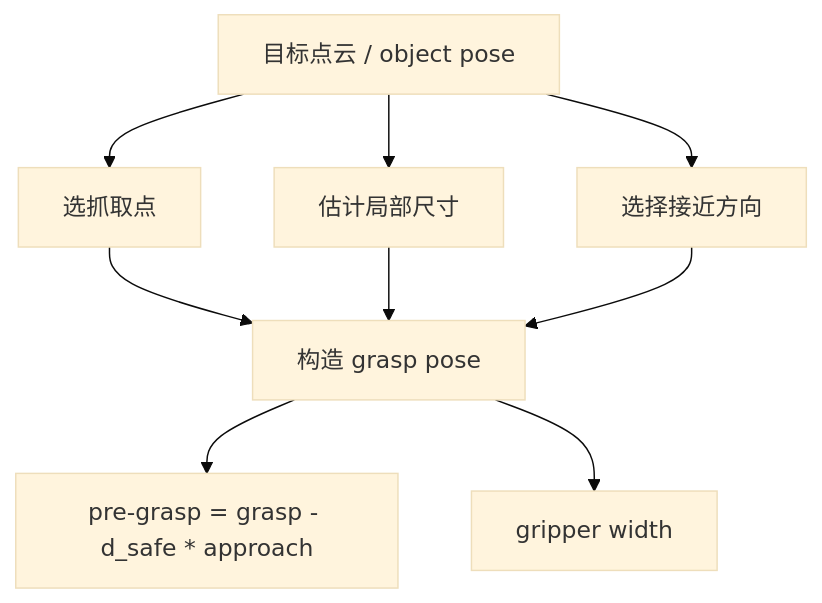
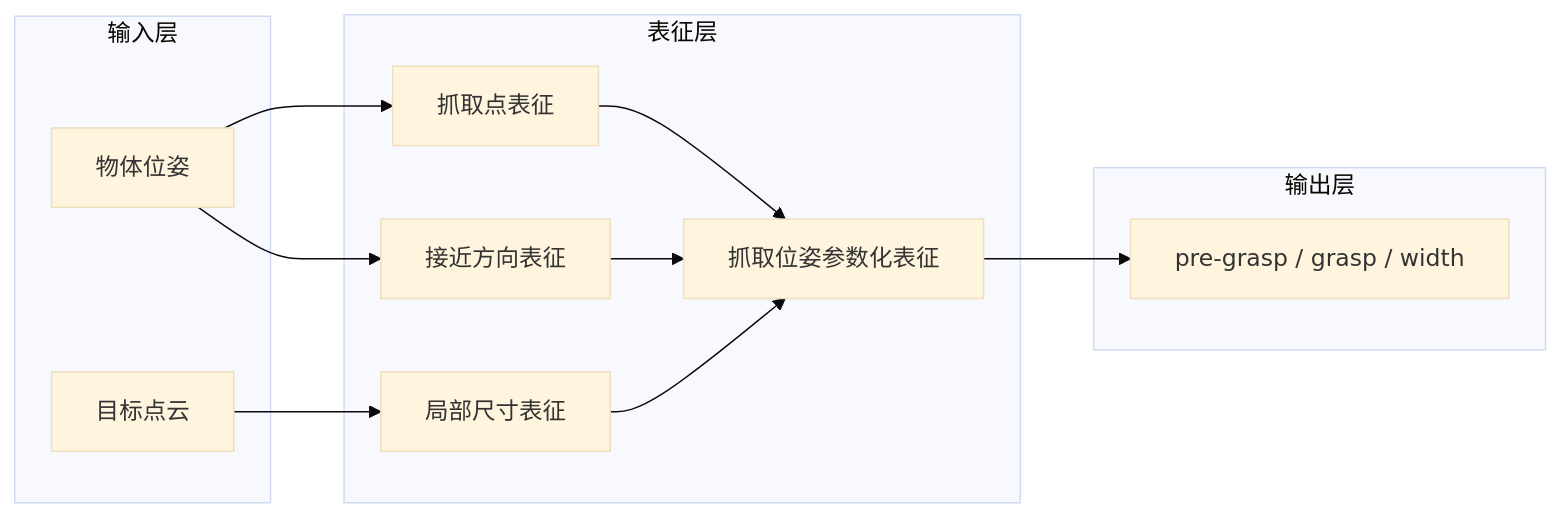
The eighth of 12 diagrams in docs/part2-vision-manipulation/06-pose_0719.md (Xbotics-Embodied-AI-club/Xbotics-Embodied-AI-Handbook), drawn with Mermaid (base theme) before and after one commit. The commit also changed other lines of this file and 9 other files, not shown here.

````diff
--- a/docs/part2-vision-manipulation/06-pose_0719.md
+++ b/docs/part2-vision-manipulation/06-pose_0719.md
@@ -591,11 +670,23 @@
 ```mermaid
-flowchart TD
-    A[目标点云 / object pose] --> B[选抓取点]
-    A --> C[估计局部尺寸]
-    A --> D[选择接近方向]
-    B --> E[构造 grasp pose]
-    C --> E
-    D --> E
-    E --> F[pre-grasp = grasp - d_safe * approach]
-    E --> G[gripper width]
+flowchart LR
+    subgraph I8[输入层]
+        A8[物体位姿]
+        B8[目标点云]
+    end
+    subgraph R8[表征层]
+        C8[抓取点表征]
+        D8[接近方向表征]
+        E8[局部尺寸表征]
+        F8[抓取位姿参数化表征]
+    end
+    subgraph O8[输出层]
+        G8[pre-grasp / grasp / width]
+    end
+    A8 --> C8
+    A8 --> D8
+    B8 --> E8
+    C8 --> F8
+    D8 --> F8
+    E8 --> F8
+    F8 --> G8
 ```
````
